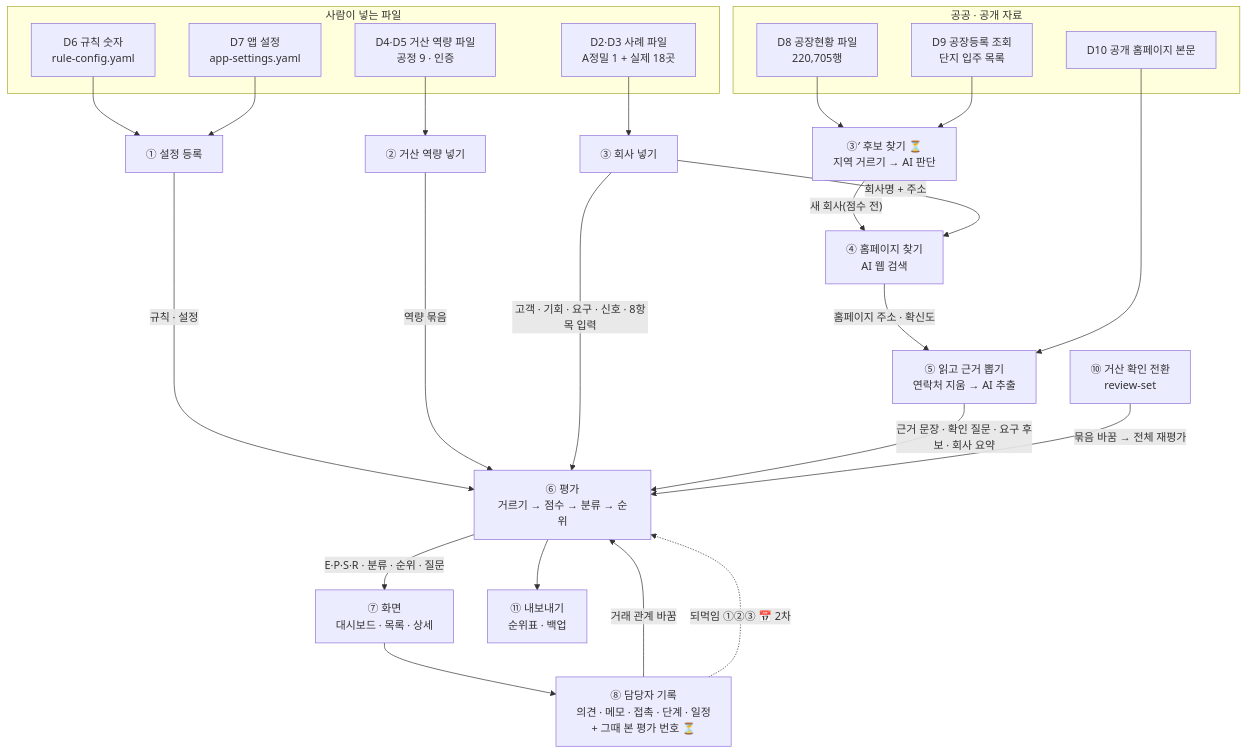
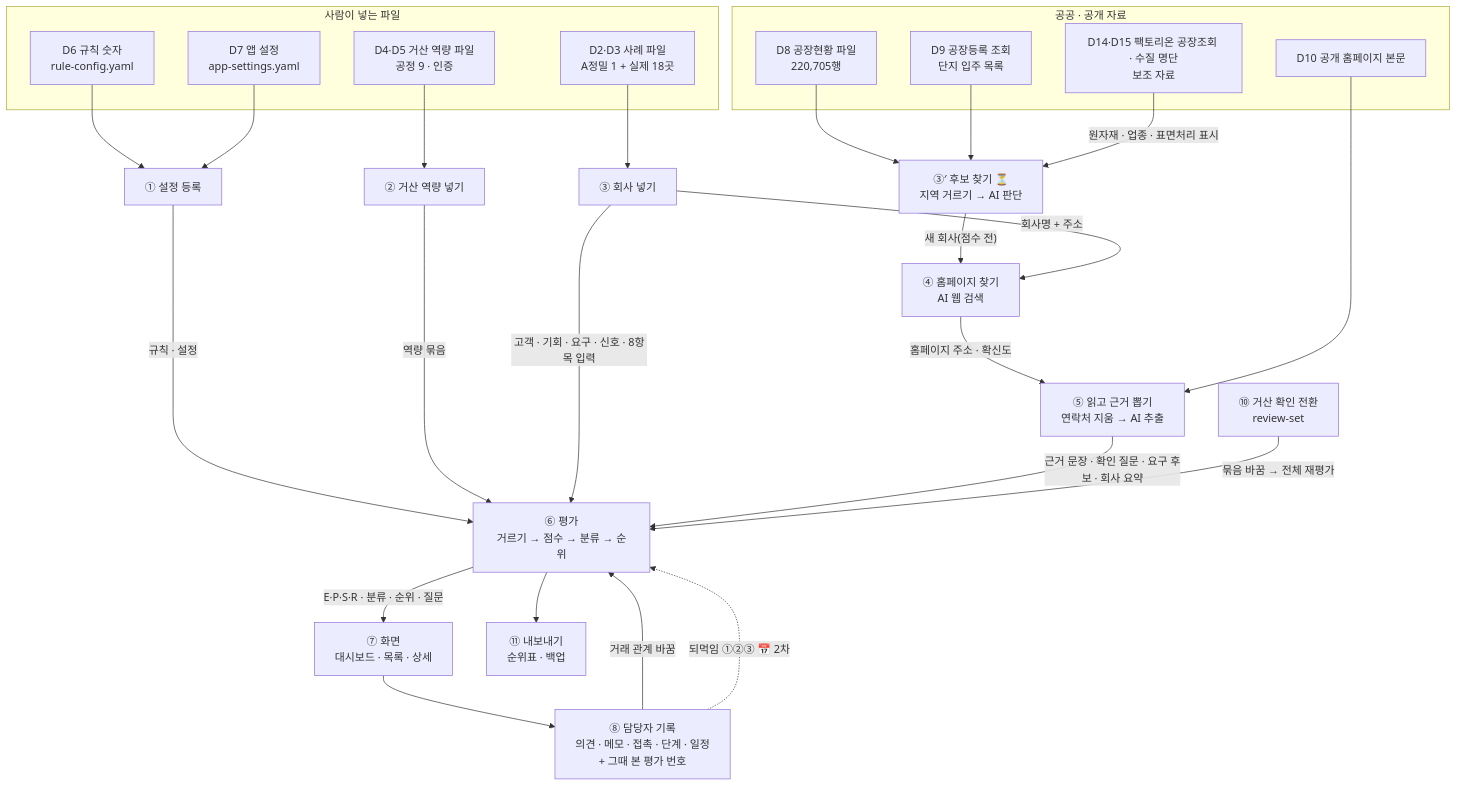
The first of 2 diagrams in docs/map/data-map.md (agent-ddalgi-team/final-geosan), drawn with Mermaid before and after one commit. The commit also changed other lines of this file and 1 other file, not shown here.

First line of the commit message:
데이터 지도를 11/12 기준으로 맞춘다: 팩토리온 공장조회·수질 명단·AI 후보 판단 줄과 지금 건수

````diff
--- a/docs/map/data-map.md
+++ b/docs/map/data-map.md
@@ -42,34 +47,36 @@
 ```mermaid
 flowchart TB
     subgraph IN["사람이 넣는 파일"]
         D6["D6 규칙 숫자<br/>rule-config.yaml"]
         D7["D7 앱 설정<br/>app-settings.yaml"]
         D45["D4·D5 거산 역량 파일<br/>공정 9 · 인증"]
         D23["D2·D3 사례 파일<br/>A정밀 1 + 실제 18곳"]
     end
     subgraph PUB["공공 · 공개 자료"]
         D8["D8 공장현황 파일<br/>220,705행"]
         D9["D9 공장등록 조회<br/>단지 입주 목록"]
         D10["D10 공개 홈페이지 본문"]
+        D14["D14·D15 팩토리온 공장조회 · 수질 명단<br/>보조 자료"]
     end
     D6 --> S1["① 설정 등록"]
     D7 --> S1
     D45 --> S2["② 거산 역량 넣기"]
     D23 --> S3["③ 회사 넣기"]
     D8 --> S3b["③′ 후보 찾기 ⏳<br/>지역 거르기 → AI 판단"]
     D9 --> S3b
+    D14 -->|"원자재 · 업종 · 표면처리 표시"| S3b
     S3b -->|"새 회사(점수 전)"| S4
     S3 -->|"회사명 + 주소"| S4["④ 홈페이지 찾기<br/>AI 웹 검색"]
     S4 -->|"홈페이지 주소 · 확신도"| S5["⑤ 읽고 근거 뽑기<br/>연락처 지움 → AI 추출"]
     D10 --> S5
     S1 -->|"규칙 · 설정"| S6
     S2 -->|"역량 묶음"| S6
     S3 -->|"고객 · 기회 · 요구 · 신호 · 8항목 입력"| S6["⑥ 평가<br/>거르기 → 점수 → 분류 → 순위"]
     S5 -->|"근거 문장 · 확인 질문 · 요구 후보 · 회사 요약"| S6
     S6 -->|"E·P·S·R · 분류 · 순위 · 질문"| S7["⑦ 화면<br/>대시보드 · 목록 · 상세"]
-    S7 --> S8["⑧ 담당자 기록<br/>의견 · 메모 · 접촉 · 단계 · 일정<br/>+ 그때 본 평가 번호 ⏳"]
+    S7 --> S8["⑧ 담당자 기록<br/>의견 · 메모 · 접촉 · 단계 · 일정<br/>+ 그때 본 평가 번호"]
     S8 -->|"거래 관계 바꿈"| S6
     S8 -.->|"되먹임 ①②③ 📅 2차"| S6
     S10["⑩ 거산 확인 전환<br/>review-set"] -->|"묶음 바꿈 → 전체 재평가"| S6
     S6 --> S11["⑪ 내보내기<br/>순위표 · 백업"]
 ```
````
